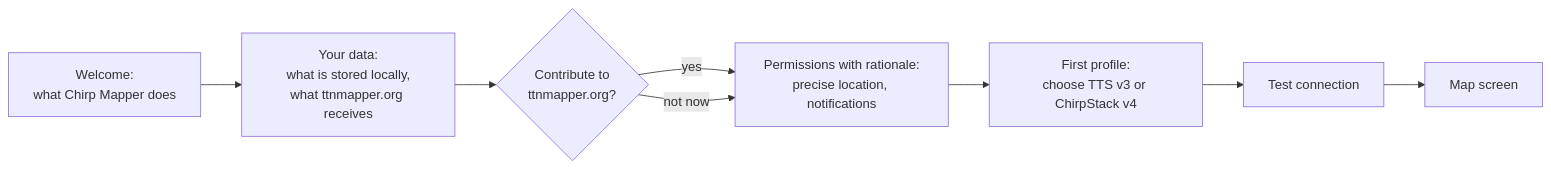
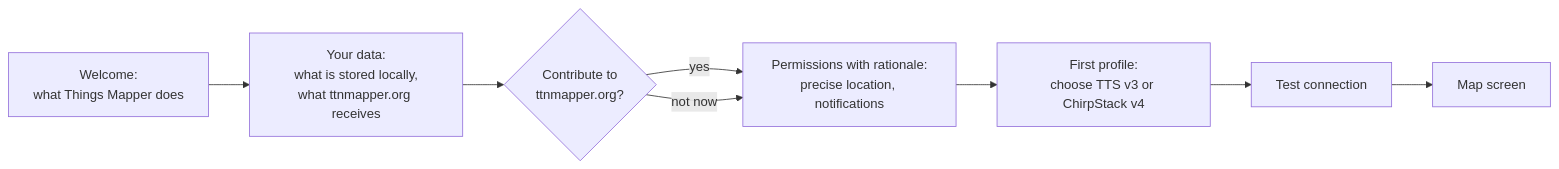
The fifth of 8 diagrams in design/03-fds.md (pe1mew/Things-Mapper), drawn with Mermaid before and after one commit. The commit also changed other lines of this file and 25 other files, not shown here.

First line of the commit message:
docs: rename to Things Mapper; editions, licence route L-A, costs and support

````diff
--- a/design/03-fds.md
+++ b/design/03-fds.md
@@ -759,10 +764,10 @@
 ```mermaid
 flowchart LR
-    W[Welcome:<br/>what Chirp Mapper does] --> D[Your data:<br/>what is stored locally,<br/>what ttnmapper.org receives]
+    W[Welcome:<br/>what Things Mapper does] --> D[Your data:<br/>what is stored locally,<br/>what ttnmapper.org receives]
     D --> C{Contribute to<br/>ttnmapper.org?}
     C -->|yes| P[Permissions with rationale:<br/>precise location, notifications]
     C -->|not now| P
     P --> PR[First profile:<br/>choose TTS v3 or ChirpStack v4]
     PR --> T[Test connection]
     T --> M[Map screen]
 ```
````
